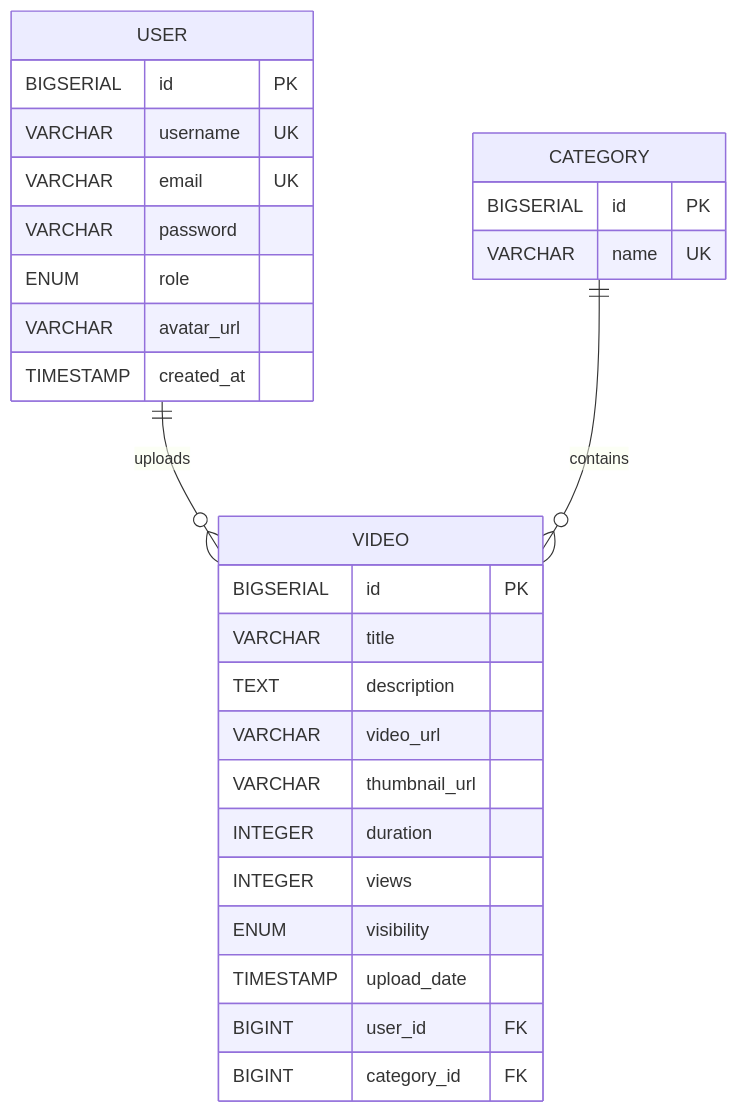
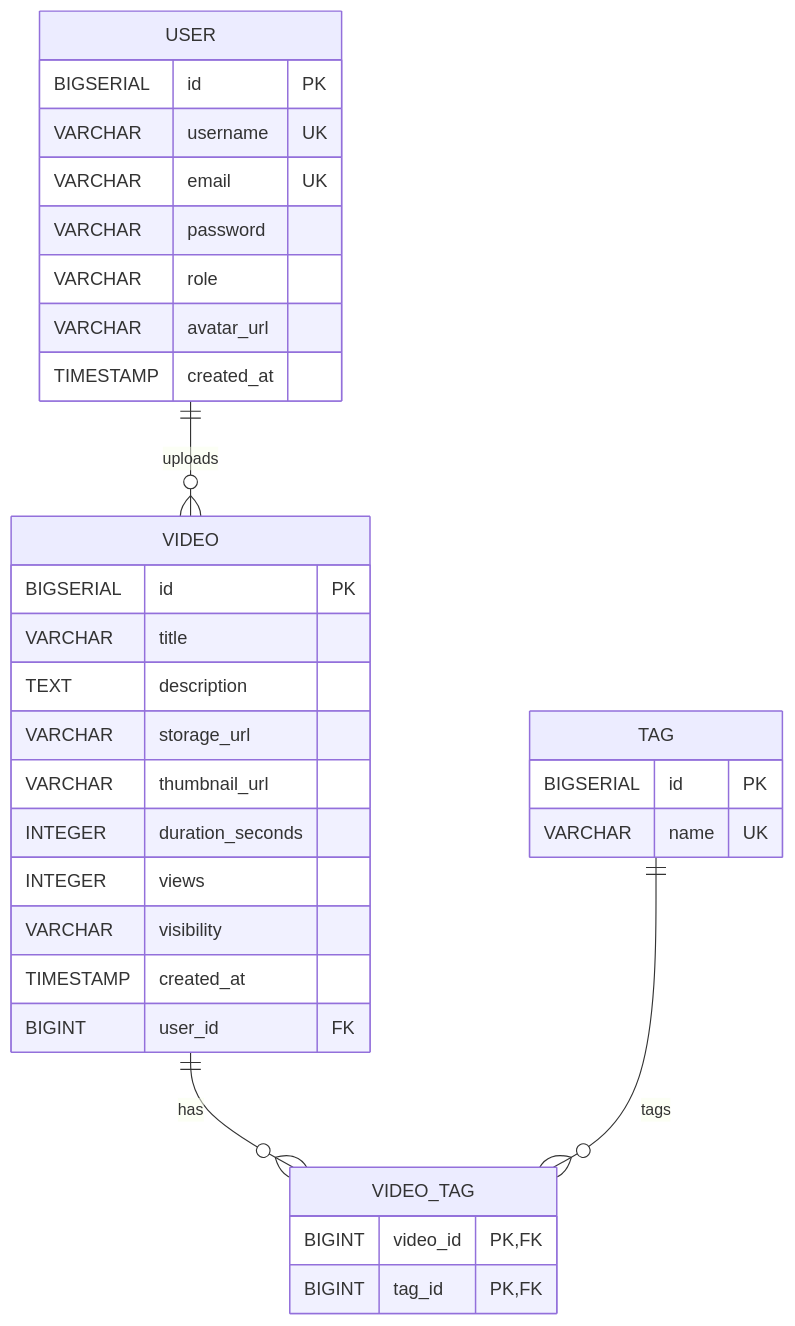
The diagram in README.md (erictc95/TascaS5.02-PanHorAMix), drawn with Mermaid before and after one commit. The commit also changed other lines of this file, not shown here.

Commit message:
Revise entity relationships and ERD in README
Updated entity relationship details and diagram in README.md.

````diff
--- a/README.md
+++ b/README.md
@@ -159,35 +166,40 @@
 ```mermaid
 erDiagram
 
     USER ||--o{ VIDEO : uploads
-    CATEGORY ||--o{ VIDEO : contains
+    VIDEO ||--o{ VIDEO_TAG : has
+    TAG ||--o{ VIDEO_TAG : tags
 
     USER {
         BIGSERIAL id PK
         VARCHAR username UK
         VARCHAR email UK
         VARCHAR password
-        ENUM role
+        VARCHAR role
         VARCHAR avatar_url
         TIMESTAMP created_at
     }
 
     VIDEO {
         BIGSERIAL id PK
         VARCHAR title
         TEXT description
-        VARCHAR video_url
+        VARCHAR storage_url
         VARCHAR thumbnail_url
-        INTEGER duration
+        INTEGER duration_seconds
         INTEGER views
-        ENUM visibility
-        TIMESTAMP upload_date
+        VARCHAR visibility
+        TIMESTAMP created_at
         BIGINT user_id FK
-        BIGINT category_id FK
     }
 
-    CATEGORY {
+    TAG {
         BIGSERIAL id PK
         VARCHAR name UK
     }
+
+    VIDEO_TAG {
+        BIGINT video_id PK,FK
+        BIGINT tag_id PK,FK
+    }
 ```
````
